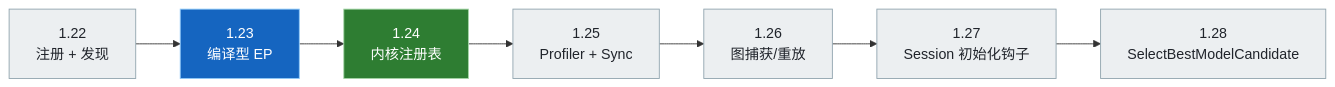
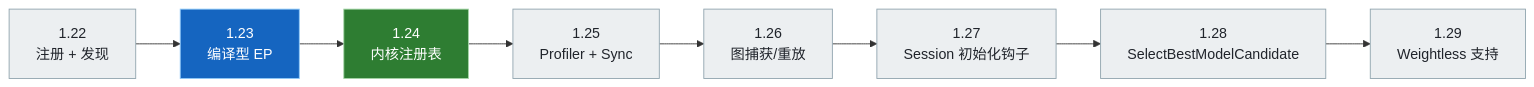
One commit to DakeQQ/Tutorial-ONNX-Runtime-Execution-Providers changed diagram 11 of 13 in PluginEP/README.zh-CN.md. Above: the diagram before and after it, drawn with Mermaid. The commit also changed other lines of this file and 42 other files, not shown here.

````diff
--- a/PluginEP/README.zh-CN.md
+++ b/PluginEP/README.zh-CN.md
@@ -401,11 +401,11 @@
 ```mermaid
 flowchart LR
-    V22["1.22<br/>注册 + 发现"] --> V23["1.23<br/>编译型 EP"] --> V24["1.24<br/>内核注册表"] --> V25["1.25<br/>Profiler + Sync"] --> V26["1.26<br/>图捕获/重放"] --> V27["1.27<br/>Session 初始化钩子"] --> V28["1.28<br/>SelectBestModelCandidate"]
+    V22["1.22<br/>注册 + 发现"] --> V23["1.23<br/>编译型 EP"] --> V24["1.24<br/>内核注册表"] --> V25["1.25<br/>Profiler + Sync"] --> V26["1.26<br/>图捕获/重放"] --> V27["1.27<br/>Session 初始化钩子"] --> V28["1.28<br/>SelectBestModelCandidate"] --> V29["1.29<br/>Weightless 支持"]
 
-    class V22,V25,V26,V27,V28 leaf
+    class V22,V25,V26,V27,V28,V29 leaf
     class V23 blue
     class V24 green
     classDef leaf fill:#eceff1,stroke:#90a4ae,color:#20242b
     classDef blue fill:#1565c0,stroke:#90caf9,color:#ffffff
     classDef green fill:#2e7d32,stroke:#a5d6a7,color:#ffffff
 ```
````
